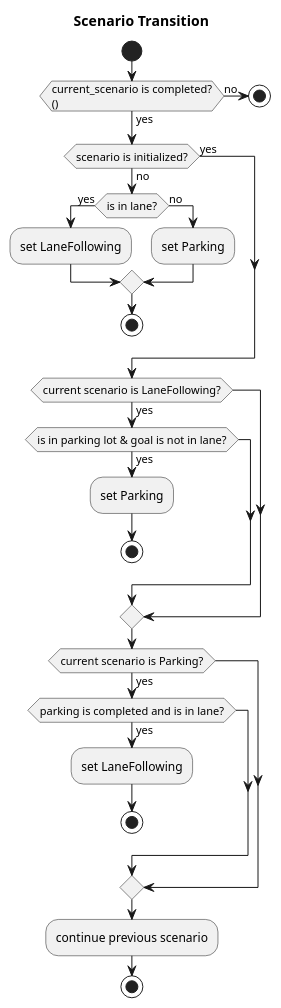
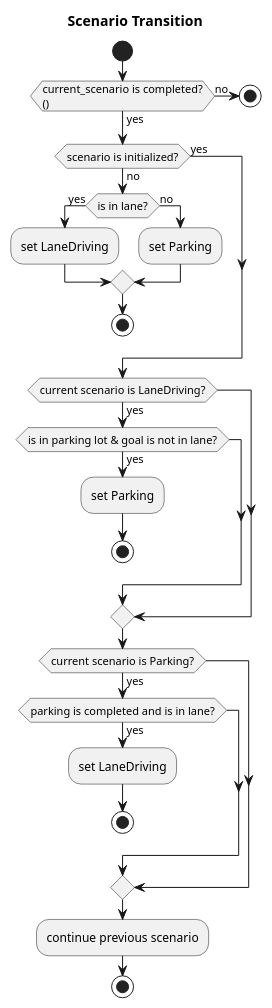
One commit to TakaHoribe/autoware.iv.universe changed the second of 2 diagrams in src/planning/scenario_planning/scenario_selector/README.md. Above: the diagram before and after it, drawn with PlantUML. The commit also changed other lines of this file and 8 other files, not shown here.

Commit message:
rename LaneFollowing with LaneDriving

````diff
--- a/src/planning/scenario_planning/scenario_selector/README.md
+++ b/src/planning/scenario_planning/scenario_selector/README.md
@@ -79,43 +79,43 @@
 ```plantuml
 @startuml
 title Scenario Transition
 start
 
 if (current_scenario is completed?\n()) then (yes)
 else (no)
   stop
 endif
 
 ' Empty
 if (scenario is initialized?) then (yes)
 else (no)
   if (is in lane?) then (yes)
-    :set LaneFollowing;
+    :set LaneDriving;
   else (no)
     :set Parking;
   endif
 
   stop
 endif
 
-' LaneFollowing
-if (current scenario is LaneFollowing?) then (yes)
+' LaneDriving
+if (current scenario is LaneDriving?) then (yes)
   if (is in parking lot & goal is not in lane?) then (yes)
     :set Parking;
     stop
   endif
 endif
 
 ' Parking
 if (current scenario is Parking?) then (yes)
   if (parking is completed and is in lane?) then (yes)
-    :set LaneFollowing;
+    :set LaneDriving;
     stop
   endif
 endif
 
 :continue previous scenario;
 
 stop
 @enduml
 ```
````
